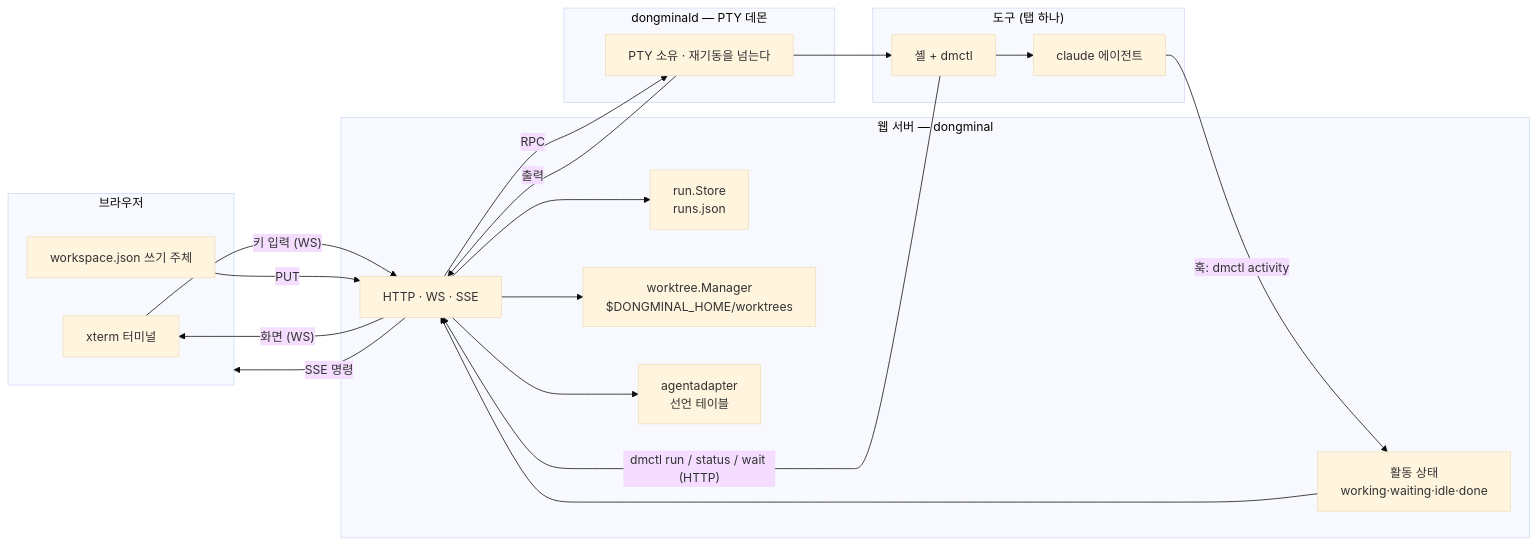
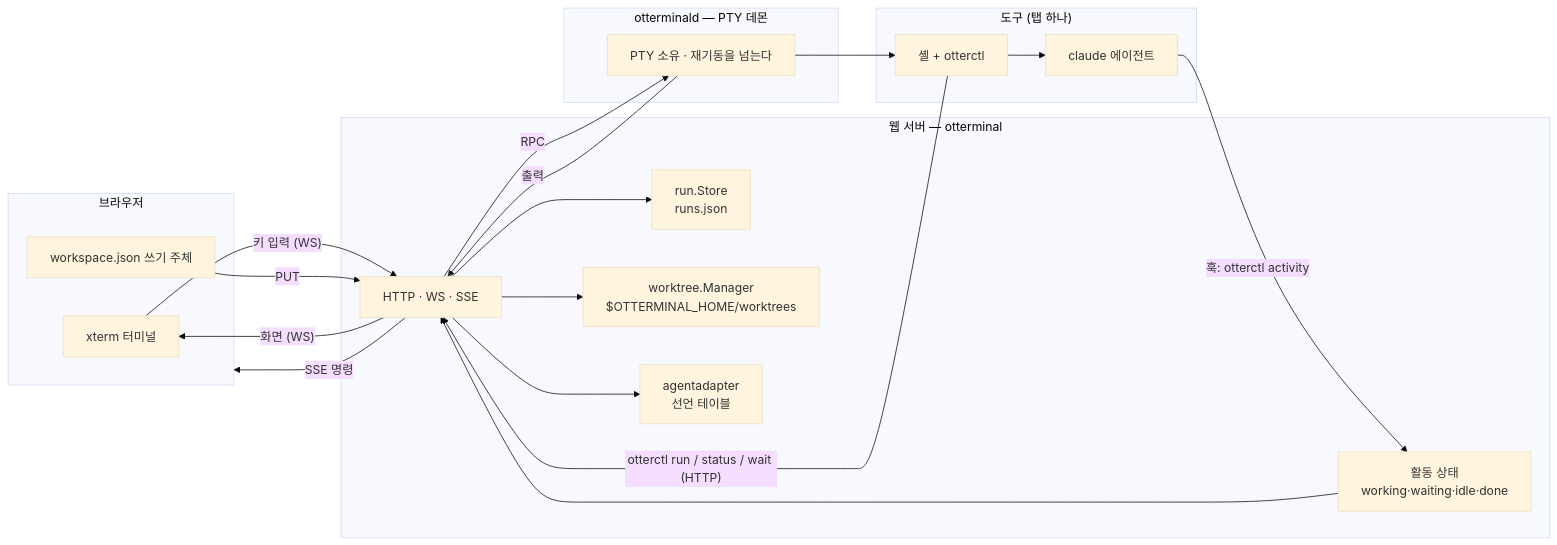
The second of 6 diagrams in docs/internal/architecture.md (Biisairo/dongminal), drawn with Mermaid (base theme) before and after one commit. The commit also changed other lines of this file and 1452 other files, not shown here.

````diff
--- a/docs/internal/architecture.md
+++ b/docs/internal/architecture.md
@@ -621,35 +620,35 @@
 ```mermaid
 flowchart LR
   subgraph BR["브라우저"]
     XT["xterm 터미널"]
     WSJ["workspace.json 쓰기 주체"]
   end
-  subgraph SRV["웹 서버 — dongminal"]
+  subgraph SRV["웹 서버 — otterminal"]
     API["HTTP · WS · SSE"]
     RS["run.Store<br/>runs.json"]
-    WM["worktree.Manager<br/>$DONGMINAL_HOME/worktrees"]
+    WM["worktree.Manager<br/>$OTTERMINAL_HOME/worktrees"]
     AD["agentadapter<br/>선언 테이블"]
     ACT["활동 상태<br/>working·waiting·idle·done"]
   end
-  subgraph DMN["dongminald — PTY 데몬"]
+  subgraph DMN["otterminald — PTY 데몬"]
     PTY["PTY 소유 · 재기동을 넘는다"]
   end
   subgraph TOOL["도구 (탭 하나)"]
-    SH["셸 + dmctl"]
+    SH["셸 + otterctl"]
     AG["claude 에이전트"]
   end
   XT -- "키 입력 (WS)" --> API
   API -- "RPC" --> PTY
   PTY -- "출력" --> API
   API -- "화면 (WS)" --> XT
   PTY --> SH
   SH --> AG
-  AG -- "훅: dmctl activity" --> ACT
-  SH -- "dmctl run / status / wait (HTTP)" --> API
+  AG -- "훅: otterctl activity" --> ACT
+  SH -- "otterctl run / status / wait (HTTP)" --> API
   API --> RS
   API --> WM
   API --> AD
   ACT --> API
   API -- "SSE 명령" --> BR
   WSJ -- "PUT" --> API
 ```
````
